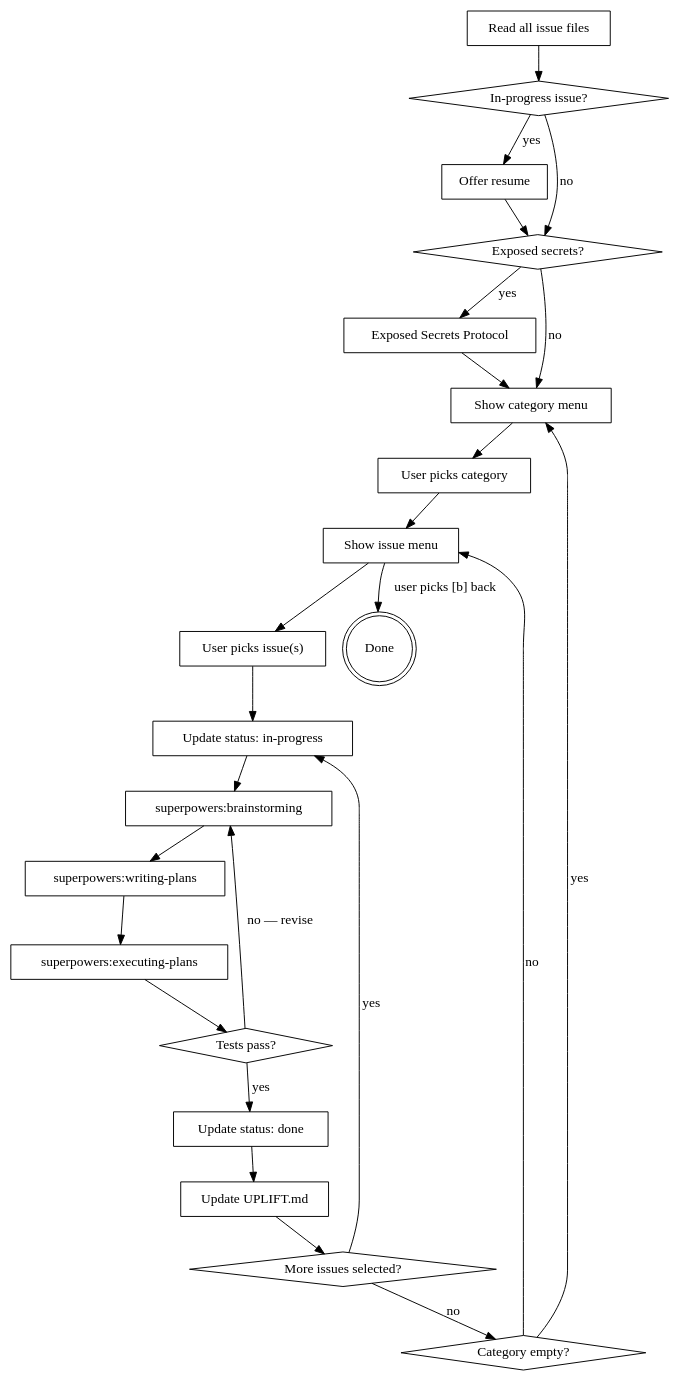
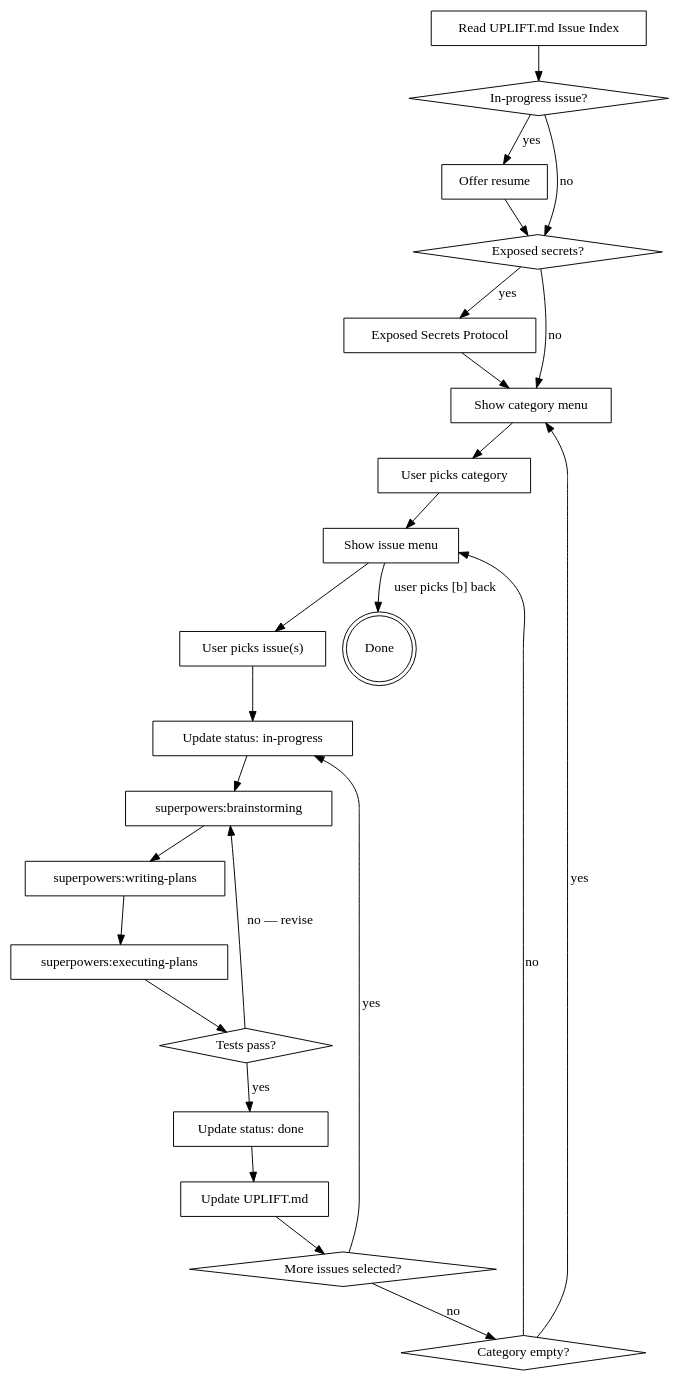
The diagram in skills/uplift-fix/SKILL.md (rintran720/uplift), drawn with Graphviz before and after one commit. The commit also changed other lines of this file and 3 other files, not shown here.

````diff
--- a/skills/uplift-fix/SKILL.md
+++ b/skills/uplift-fix/SKILL.md
@@ -40,48 +40,48 @@
 ```dot
 digraph uplift_fix {
-    "Read all issue files" [shape=box];
+    "Read UPLIFT.md Issue Index" [shape=box];
     "In-progress issue?" [shape=diamond];
     "Offer resume" [shape=box];
     "Exposed secrets?" [shape=diamond];
     "Exposed Secrets Protocol" [shape=box];
     "Show category menu" [shape=box];
     "User picks category" [shape=box];
     "Show issue menu" [shape=box];
     "User picks issue(s)" [shape=box];
     "Update status: in-progress" [shape=box];
     "superpowers:brainstorming" [shape=box];
     "superpowers:writing-plans" [shape=box];
     "superpowers:executing-plans" [shape=box];
     "Tests pass?" [shape=diamond];
     "Update status: done" [shape=box];
     "Update UPLIFT.md" [shape=box];
     "More issues selected?" [shape=diamond];
     "Category empty?" [shape=diamond];
     "Done" [shape=doublecircle];
 
-    "Read all issue files" -> "In-progress issue?";
+    "Read UPLIFT.md Issue Index" -> "In-progress issue?";
     "In-progress issue?" -> "Offer resume" [label="yes"];
     "In-progress issue?" -> "Exposed secrets?" [label="no"];
     "Offer resume" -> "Exposed secrets?";
     "Exposed secrets?" -> "Exposed Secrets Protocol" [label="yes"];
     "Exposed secrets?" -> "Show category menu" [label="no"];
     "Exposed Secrets Protocol" -> "Show category menu";
     "Show category menu" -> "User picks category";
     "User picks category" -> "Show issue menu";
     "Show issue menu" -> "User picks issue(s)";
     "User picks issue(s)" -> "Update status: in-progress";
     "Update status: in-progress" -> "superpowers:brainstorming";
     "superpowers:brainstorming" -> "superpowers:writing-plans";
     "superpowers:writing-plans" -> "superpowers:executing-plans";
     "superpowers:executing-plans" -> "Tests pass?";
     "Tests pass?" -> "Update status: done" [label="yes"];
     "Tests pass?" -> "superpowers:brainstorming" [label="no — revise"];
     "Update status: done" -> "Update UPLIFT.md";
     "Update UPLIFT.md" -> "More issues selected?";
     "More issues selected?" -> "Update status: in-progress" [label="yes"];
     "More issues selected?" -> "Category empty?" [label="no"];
     "Category empty?" -> "Show category menu" [label="yes"];
     "Category empty?" -> "Show issue menu" [label="no"];
     "Show issue menu" -> "Done" [label="user picks [b] back"];
 }
 ```
````
